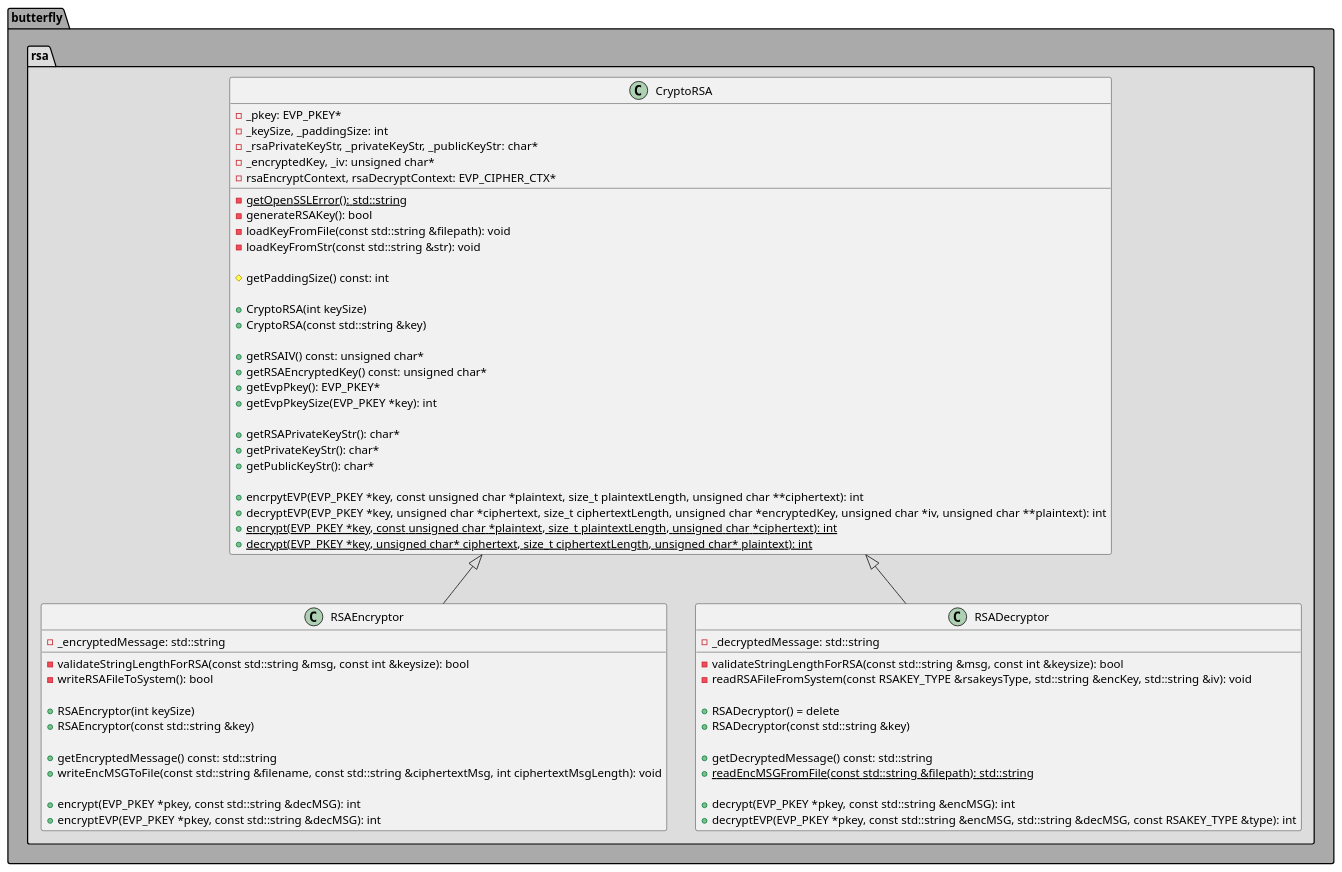
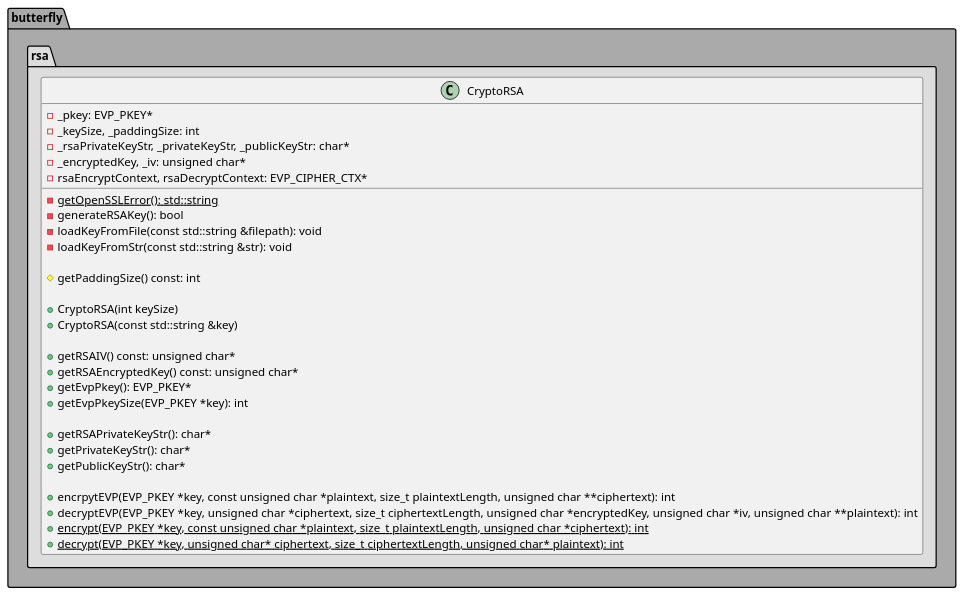
Before and after one commit to bierschi/butterfly: the diagram in architecture/class_diagrams/crypto/rsa.puml, drawn with PlantUML. The commit also changed 24 other files, not shown here.

Commit message:
Updated the architecture crypto folder

```diff
--- a/architecture/class_diagrams/crypto/rsa.puml
+++ b/architecture/class_diagrams/crypto/rsa.puml
@@ -1,81 +1,45 @@
 @startuml
 
 package butterfly #AAAAAA
 {
 
 package rsa #DDDDDD
 {
 
 class CryptoRSA
 {
     - _pkey: EVP_PKEY*
     - _keySize, _paddingSize: int
     - _rsaPrivateKeyStr, _privateKeyStr, _publicKeyStr: char*
     - _encryptedKey, _iv: unsigned char*
     - rsaEncryptContext, rsaDecryptContext: EVP_CIPHER_CTX*
 
     - {static} getOpenSSLError(): std::string
     - generateRSAKey(): bool
     - loadKeyFromFile(const std::string &filepath): void
     - loadKeyFromStr(const std::string &str): void
 
     # getPaddingSize() const: int
 
     + CryptoRSA(int keySize)
     + CryptoRSA(const std::string &key)
 
     + getRSAIV() const: unsigned char*
     + getRSAEncryptedKey() const: unsigned char*
     + getEvpPkey(): EVP_PKEY*
     + getEvpPkeySize(EVP_PKEY *key): int
 
     + getRSAPrivateKeyStr(): char*
     + getPrivateKeyStr(): char*
     + getPublicKeyStr(): char*
 
     + encrpytEVP(EVP_PKEY *key, const unsigned char *plaintext, size_t plaintextLength, unsigned char **ciphertext): int
     + decryptEVP(EVP_PKEY *key, unsigned char *ciphertext, size_t ciphertextLength, unsigned char *encryptedKey, unsigned char *iv, unsigned char **plaintext): int
     + {static} encrypt(EVP_PKEY *key, const unsigned char *plaintext, size_t plaintextLength, unsigned char *ciphertext): int
     + {static} decrypt(EVP_PKEY *key, unsigned char* ciphertext, size_t ciphertextLength, unsigned char* plaintext): int
 }
 
-class RSAEncryptor
-{
-    - _encryptedMessage: std::string
-
-    - validateStringLengthForRSA(const std::string &msg, const int &keysize): bool
-    - writeRSAFileToSystem(): bool
-
-    + RSAEncryptor(int keySize)
-    + RSAEncryptor(const std::string &key)
-
-    + getEncryptedMessage() const: std::string
-    + writeEncMSGToFile(const std::string &filename, const std::string &ciphertextMsg, int ciphertextMsgLength): void
-
-    + encrypt(EVP_PKEY *pkey, const std::string &decMSG): int
-    + encryptEVP(EVP_PKEY *pkey, const std::string &decMSG): int
-}
-
-class RSADecryptor
-{
-    - _decryptedMessage: std::string
-    - validateStringLengthForRSA(const std::string &msg, const int &keysize): bool
-    - readRSAFileFromSystem(const RSAKEY_TYPE &rsakeysType, std::string &encKey, std::string &iv): void
-
-    + RSADecryptor() = delete
-    + RSADecryptor(const std::string &key)
-
-    + getDecryptedMessage() const: std::string
-    + {static} readEncMSGFromFile(const std::string &filepath): std::string
-
-    + decrypt(EVP_PKEY *pkey, const std::string &encMSG): int
-    + decryptEVP(EVP_PKEY *pkey, const std::string &encMSG, std::string &decMSG, const RSAKEY_TYPE &type): int
-}
-
-CryptoRSA <|-- RSAEncryptor
-CryptoRSA <|-- RSADecryptor
-
 }
 
 }
 @enduml
```
